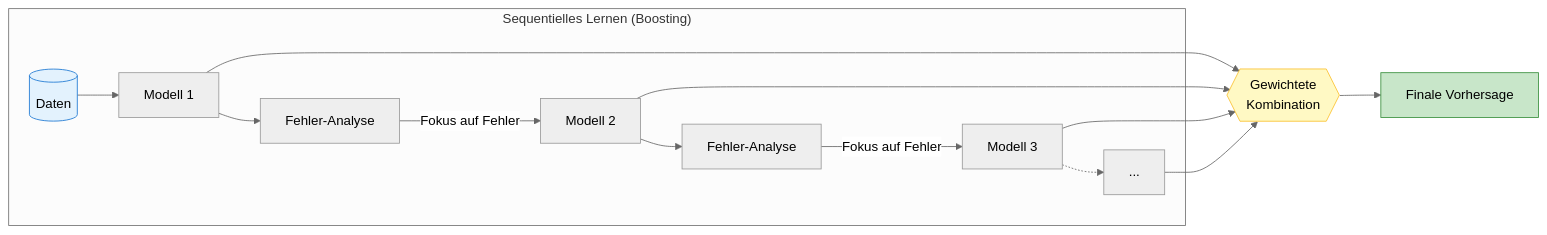
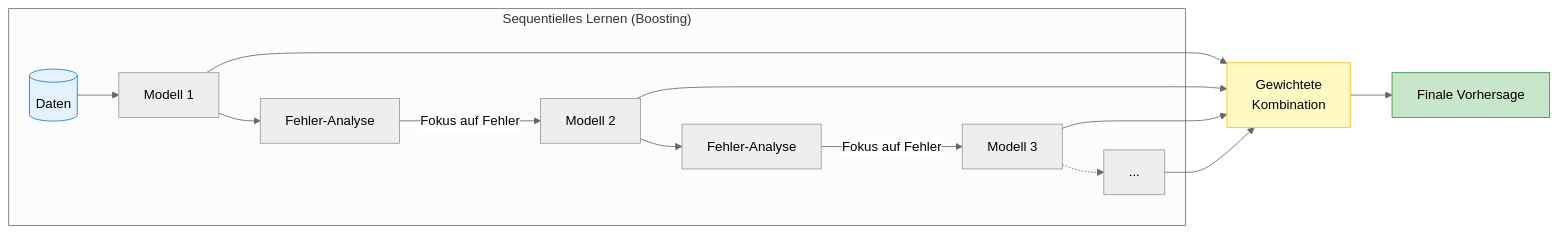
One commit to ralf-42/ML_Intro changed the fourth of 5 diagrams in docs/concepts/modeling/ensemble.md. Above: the diagram before and after it, drawn with Mermaid (neutral theme). The commit also changed other lines of this file, not shown here.

````diff
--- a/docs/concepts/modeling/ensemble.md
+++ b/docs/concepts/modeling/ensemble.md
@@ -166,18 +166,18 @@
 ```mermaid
 flowchart LR
     subgraph Seq["Sequentielles Lernen (Boosting)"]
         D[("Daten")] --> M1["Modell 1"]
         M1 --> E1["Fehler-Analyse"]
         E1 -->|"Fokus auf Fehler"| M2["Modell 2"]
         M2 --> E2["Fehler-Analyse"]
         E2 -->|"Fokus auf Fehler"| M3["Modell 3"]
         M3 -.-> MN["..."]
     end
 
-    M1 & M2 & M3 & MN --> K{{"Gewichtete<br/>Kombination"}}
+    M1 & M2 & M3 & MN --> K["Gewichtete<br/>Kombination"]
     K --> P["Finale Vorhersage"]
 
     style D fill:#e3f2fd,stroke:#1976d2
     style K fill:#fff9c4,stroke:#fbc02d
     style P fill:#c8e6c9,stroke:#388e3c
 ```
````
